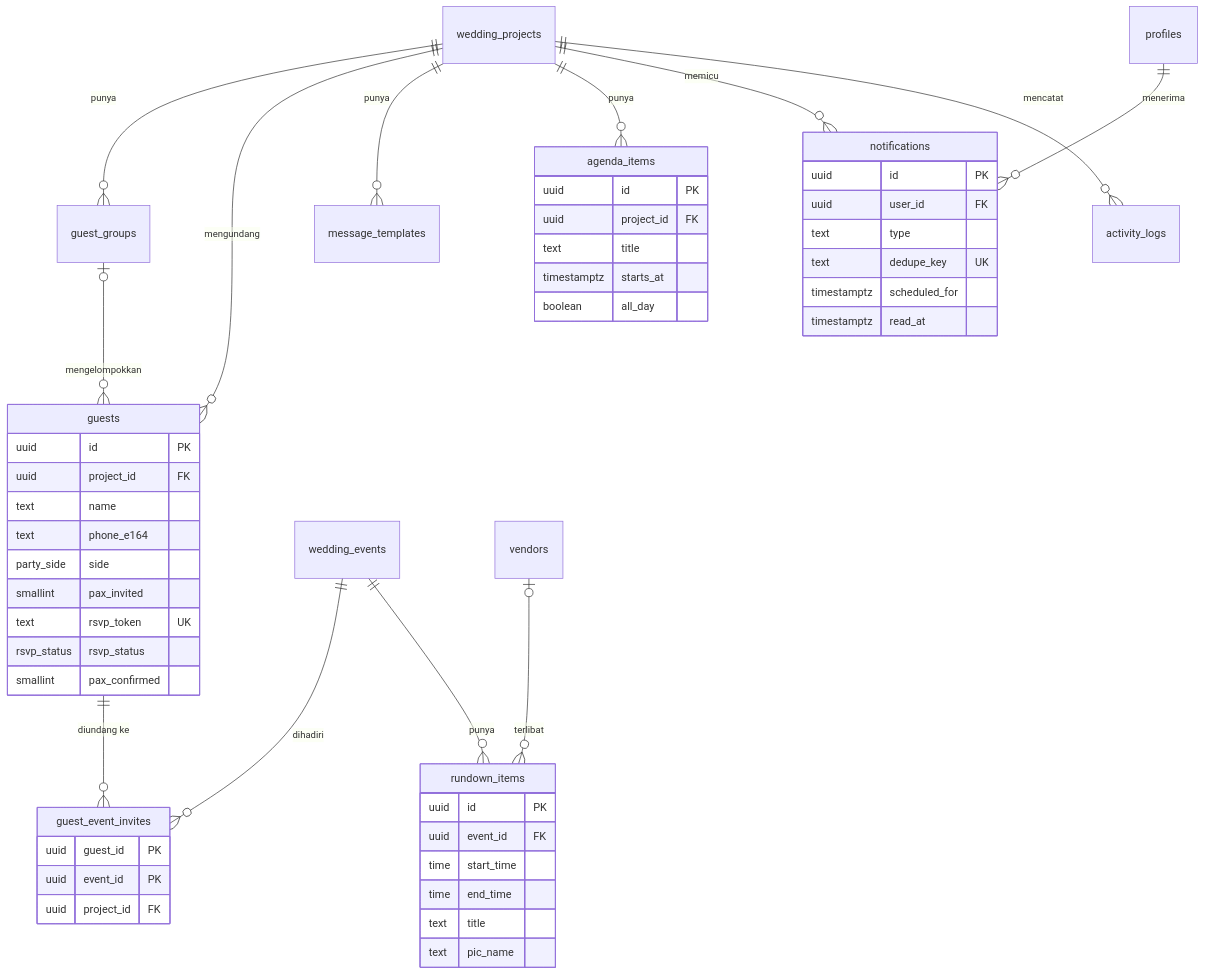
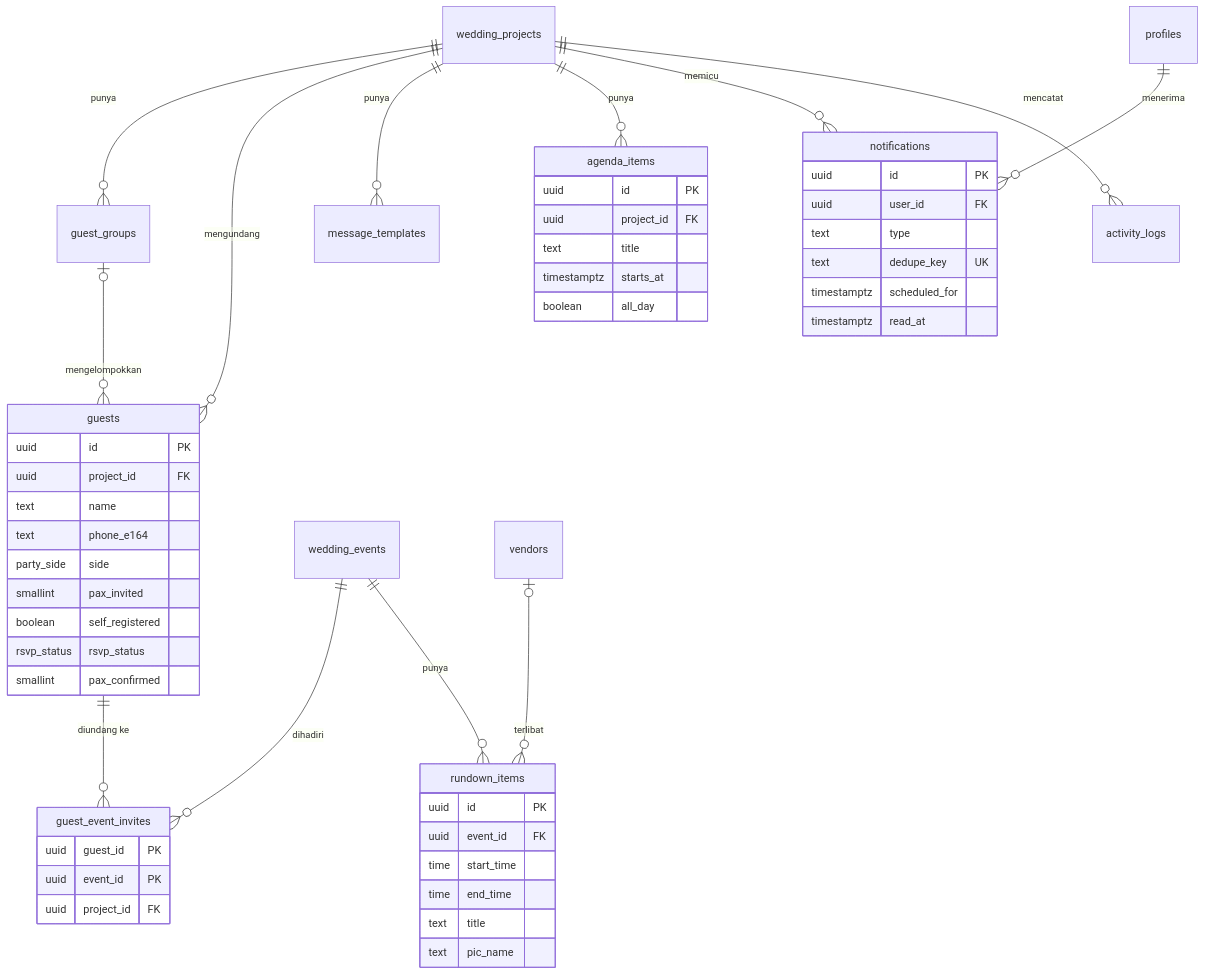
The third of 3 diagrams in ERD.md (Monaplan/fe-monaplan), drawn with Mermaid before and after one commit. The commit also changed other lines of this file and 155 other files, not shown here.

````diff
--- a/ERD.md
+++ b/ERD.md
@@ -246,55 +246,55 @@
 ```mermaid
 erDiagram
   wedding_projects ||--o{ guest_groups : "punya"
   wedding_projects ||--o{ guests : "mengundang"
   guest_groups |o--o{ guests : "mengelompokkan"
   guests ||--o{ guest_event_invites : "diundang ke"
   wedding_events ||--o{ guest_event_invites : "dihadiri"
   wedding_projects ||--o{ message_templates : "punya"
   wedding_events ||--o{ rundown_items : "punya"
   vendors |o--o{ rundown_items : "terlibat"
   wedding_projects ||--o{ agenda_items : "punya"
   profiles ||--o{ notifications : "menerima"
   wedding_projects ||--o{ notifications : "memicu"
   wedding_projects ||--o{ activity_logs : "mencatat"
 
   guests {
     uuid id PK
     uuid project_id FK
     text name
     text phone_e164
     party_side side
     smallint pax_invited
-    text rsvp_token UK
+    boolean self_registered
     rsvp_status rsvp_status
     smallint pax_confirmed
   }
   guest_event_invites {
     uuid guest_id PK
     uuid event_id PK
     uuid project_id FK
   }
   rundown_items {
     uuid id PK
     uuid event_id FK
     time start_time
     time end_time
     text title
     text pic_name
   }
   agenda_items {
     uuid id PK
     uuid project_id FK
     text title
     timestamptz starts_at
     boolean all_day
   }
   notifications {
     uuid id PK
     uuid user_id FK
     text type
     text dedupe_key UK
     timestamptz scheduled_for
     timestamptz read_at
   }
 ```
````
